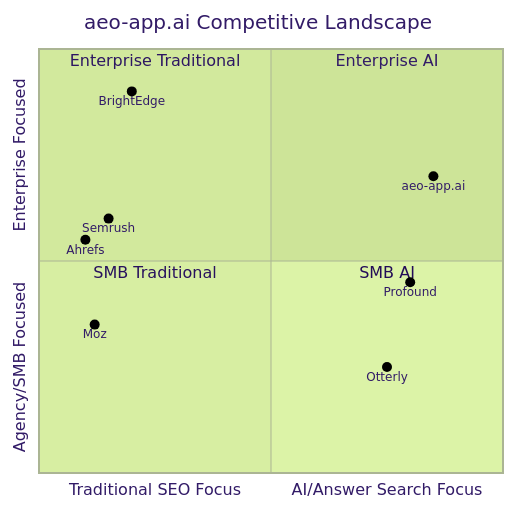
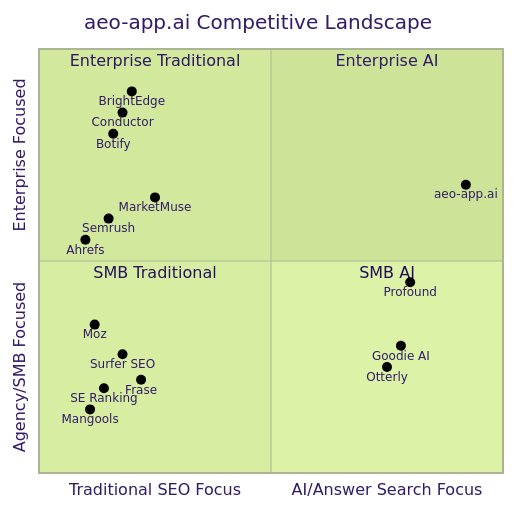
One commit to welldesignedsystem/welldesignedsystem.github.io changed the third of 28 diagrams in content/english/blog/research/aeo-app-brd.md. Above: the diagram before and after it, drawn with Mermaid (forest theme). The commit also changed other lines of this file and 1 other file, not shown here.

````diff
--- a/content/english/blog/research/aeo-app-brd.md
+++ b/content/english/blog/research/aeo-app-brd.md
@@ -84,17 +76,25 @@
 ```mermaid
 quadrantChart
     title aeo-app.ai Competitive Landscape
     x-axis "Traditional SEO Focus" --> "AI/Answer Search Focus"
     y-axis "Agency/SMB Focused" --> "Enterprise Focused"
     quadrant-1 Enterprise AI
     quadrant-2 Enterprise Traditional
     quadrant-3 SMB Traditional
     quadrant-4 SMB AI
     Semrush: [0.15, 0.60]
     Ahrefs: [0.10, 0.55]
     Moz: [0.12, 0.35]
     BrightEdge: [0.20, 0.90]
     Profound: [0.80, 0.45]
     Otterly: [0.75, 0.25]
-    aeo-app.ai: [0.85, 0.70]
+    Goodie AI: [0.78, 0.30]
+    Surfer SEO: [0.18, 0.28]
+    Frase: [0.22, 0.22]
+    MarketMuse: [0.25, 0.65]
+    Conductor: [0.18, 0.85]
+    Botify: [0.16, 0.80]
+    SE Ranking: [0.14, 0.20]
+    Mangools: [0.11, 0.15]
+    aeo-app.ai: [0.92, 0.68]
 ```
````
